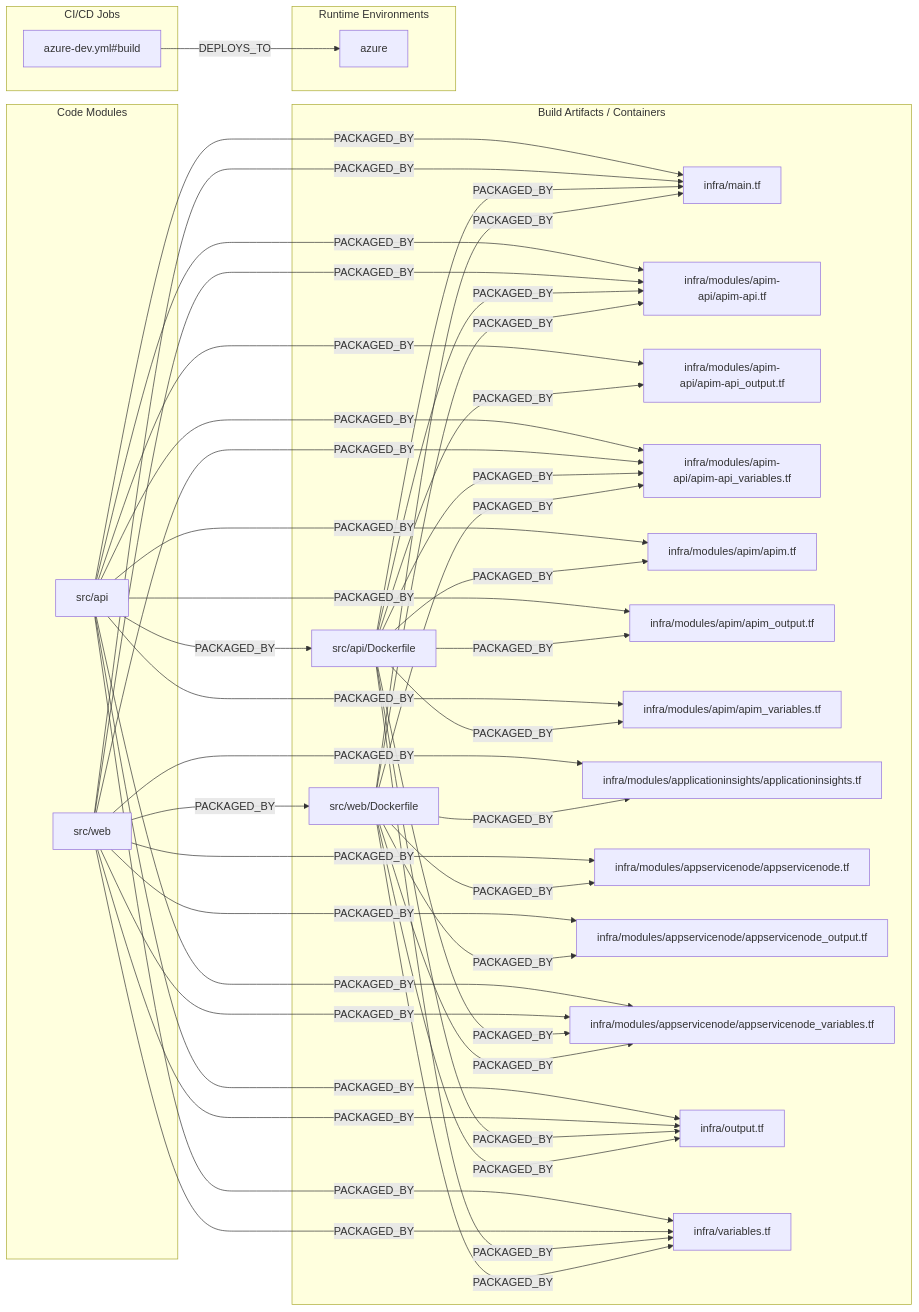
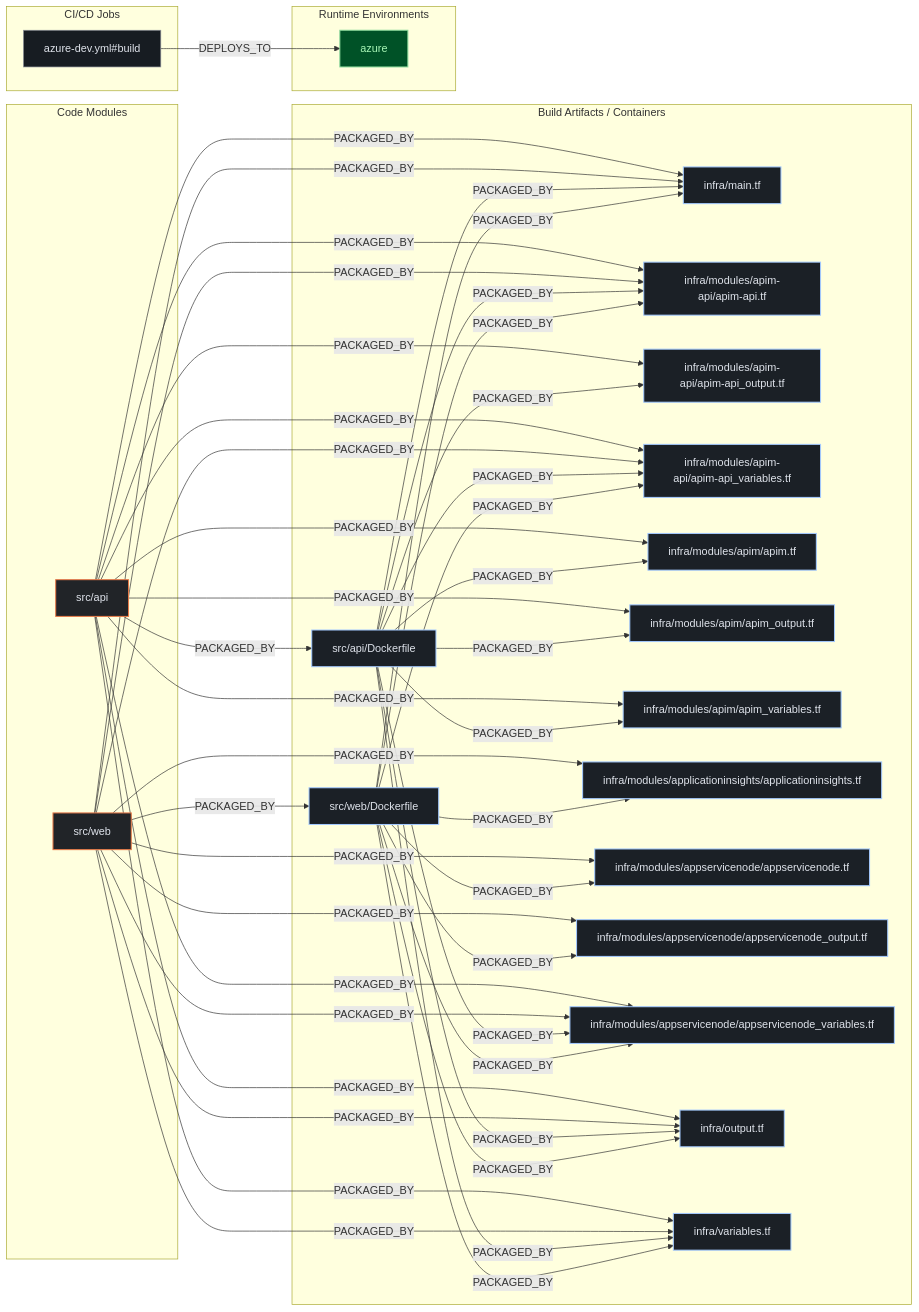
One commit to kumarshaz/atruss-code-atlas changed the second of 3 diagrams in exports/latest/reports/Azure-Samples-todo-nodejs-mongo-terraform-report.md. Above: the diagram before and after it, drawn with Mermaid. The commit also changed other lines of this file and 331 other files, not shown here.

Commit message:
docs,ui,fix: update SDLC docs, reorder CI/CD DAG first, stylize Mermaid, and fix Arc42 pipeline topology

````diff
--- a/exports/latest/reports/Azure-Samples-todo-nodejs-mongo-terraform-report.md
+++ b/exports/latest/reports/Azure-Samples-todo-nodejs-mongo-terraform-report.md
@@ -173,71 +180,75 @@
 ```mermaid
 flowchart LR
+    classDef atlasCategory fill:#212428,stroke:#E87A48,stroke-width:1.5px,color:#dfe3eb
+    classDef atlasWorkflow fill:#1b2026,stroke:#a3c9ff,stroke-width:1.5px,color:#dfe3eb
+    classDef atlasJob fill:#171c22,stroke:#8d9199,stroke-width:1px,color:#dfe3eb
+    classDef atlasTarget fill:#005227,stroke:#8bd99b,stroke-width:1.5px,color:#a7f6b6
     subgraph code_modules["Code Modules"]
-        mod_src_api["src/api"]
-        mod_src_web["src/web"]
+        mod_src_api["src/api"]:::atlasCategory
+        mod_src_web["src/web"]:::atlasCategory
     end
     subgraph build_artifacts["Build Artifacts / Containers"]
-        art_infra_main_tf["infra/main.tf"]
-        art_infra_modules_apim_api_apim_api_tf["infra/modules/apim-api/apim-api.tf"]
-        art_infra_modules_apim_api_apim_api_output_tf["infra/modules/apim-api/apim-api_output.tf"]
-        art_infra_modules_apim_api_apim_api_variables_tf["infra/modules/apim-api/apim-api_variables.tf"]
-        art_infra_modules_apim_apim_tf["infra/modules/apim/apim.tf"]
-        art_infra_modules_apim_apim_output_tf["infra/modules/apim/apim_output.tf"]
-        art_infra_modules_apim_apim_variables_tf["infra/modules/apim/apim_variables.tf"]
-        art_infra_modules_applicationinsights_applicationinsights_tf["infra/modules/applicationinsights/applicationinsights.tf"]
-        art_infra_modules_appservicenode_appservicenode_tf["infra/modules/appservicenode/appservicenode.tf"]
-        art_infra_modules_appservicenode_appservicenode_output_tf["infra/modules/appservicenode/appservicenode_output.tf"]
-        art_infra_modules_appservicenode_appservicenode_variables_tf["infra/modules/appservicenode/appservicenode_variables.tf"]
-        art_infra_output_tf["infra/output.tf"]
-        art_infra_variables_tf["infra/variables.tf"]
-        art_src_api_Dockerfile["src/api/Dockerfile"]
-        art_src_web_Dockerfile["src/web/Dockerfile"]
+        art_infra_main_tf["infra/main.tf"]:::atlasWorkflow
+        art_infra_modules_apim_api_apim_api_tf["infra/modules/apim-api/apim-api.tf"]:::atlasWorkflow
+        art_infra_modules_apim_api_apim_api_output_tf["infra/modules/apim-api/apim-api_output.tf"]:::atlasWorkflow
+        art_infra_modules_apim_api_apim_api_variables_tf["infra/modules/apim-api/apim-api_variables.tf"]:::atlasWorkflow
+        art_infra_modules_apim_apim_tf["infra/modules/apim/apim.tf"]:::atlasWorkflow
+        art_infra_modules_apim_apim_output_tf["infra/modules/apim/apim_output.tf"]:::atlasWorkflow
+        art_infra_modules_apim_apim_variables_tf["infra/modules/apim/apim_variables.tf"]:::atlasWorkflow
+        art_infra_modules_applicationinsights_applicationinsights_tf["infra/modules/applicationinsights/applicationinsights.tf"]:::atlasWorkflow
+        art_infra_modules_appservicenode_appservicenode_tf["infra/modules/appservicenode/appservicenode.tf"]:::atlasWorkflow
+        art_infra_modules_appservicenode_appservicenode_output_tf["infra/modules/appservicenode/appservicenode_output.tf"]:::atlasWorkflow
+        art_infra_modules_appservicenode_appservicenode_variables_tf["infra/modules/appservicenode/appservicenode_variables.tf"]:::atlasWorkflow
+        art_infra_output_tf["infra/output.tf"]:::atlasWorkflow
+        art_infra_variables_tf["infra/variables.tf"]:::atlasWorkflow
+        art_src_api_Dockerfile["src/api/Dockerfile"]:::atlasWorkflow
+        art_src_web_Dockerfile["src/web/Dockerfile"]:::atlasWorkflow
     end
     subgraph ci_jobs["CI/CD Jobs"]
-        job_azure_dev_yml_build["azure-dev.yml#build"]
+        job_azure_dev_yml_build["azure-dev.yml#build"]:::atlasJob
     end
     subgraph runtime_envs["Runtime Environments"]
-        env_azure["azure"]
+        env_azure["azure"]:::atlasTarget
     end
     job_azure_dev_yml_build -->|DEPLOYS_TO| env_azure
     mod_src_api -->|PACKAGED_BY| art_src_api_Dockerfile
     mod_src_api -->|PACKAGED_BY| art_infra_main_tf
     mod_src_api -->|PACKAGED_BY| art_infra_modules_apim_api_apim_api_tf
     mod_src_api -->|PACKAGED_BY| art_infra_modules_apim_api_apim_api_output_tf
     mod_src_api -->|PACKAGED_BY| art_infra_modules_apim_api_apim_api_variables_tf
     mod_src_api -->|PACKAGED_BY| art_infra_modules_apim_apim_tf
     mod_src_api -->|PACKAGED_BY| art_infra_modules_apim_apim_output_tf
     mod_src_api -->|PACKAGED_BY| art_infra_modules_apim_apim_variables_tf
     mod_src_api -->|PACKAGED_BY| art_infra_modules_appservicenode_appservicenode_variables_tf
     mod_src_api -->|PACKAGED_BY| art_infra_output_tf
     mod_src_api -->|PACKAGED_BY| art_infra_variables_tf
     mod_src_web -->|PACKAGED_BY| art_src_web_Dockerfile
     mod_src_web -->|PACKAGED_BY| art_infra_main_tf
     mod_src_web -->|PACKAGED_BY| art_infra_modules_apim_api_apim_api_tf
     mod_src_web -->|PACKAGED_BY| art_infra_modules_apim_api_apim_api_variables_tf
     mod_src_web -->|PACKAGED_BY| art_infra_modules_applicationinsights_applicationinsights_tf
     mod_src_web -->|PACKAGED_BY| art_infra_modules_appservicenode_appservicenode_tf
     mod_src_web -->|PACKAGED_BY| art_infra_modules_appservicenode_appservicenode_output_tf
     mod_src_web -->|PACKAGED_BY| art_infra_modules_appservicenode_appservicenode_variables_tf
     mod_src_web -->|PACKAGED_BY| art_infra_output_tf
     mod_src_web -->|PACKAGED_BY| art_infra_variables_tf
     art_src_api_Dockerfile -->|PACKAGED_BY| art_infra_main_tf
     art_src_api_Dockerfile -->|PACKAGED_BY| art_infra_modules_apim_api_apim_api_tf
     art_src_api_Dockerfile -->|PACKAGED_BY| art_infra_modules_apim_api_apim_api_output_tf
     art_src_api_Dockerfile -->|PACKAGED_BY| art_infra_modules_apim_api_apim_api_variables_tf
     art_src_api_Dockerfile -->|PACKAGED_BY| art_infra_modules_apim_apim_tf
     art_src_api_Dockerfile -->|PACKAGED_BY| art_infra_modules_apim_apim_output_tf
     art_src_api_Dockerfile -->|PACKAGED_BY| art_infra_modules_apim_apim_variables_tf
     art_src_api_Dockerfile -->|PACKAGED_BY| art_infra_modules_appservicenode_appservicenode_variables_tf
     art_src_api_Dockerfile -->|PACKAGED_BY| art_infra_output_tf
     art_src_api_Dockerfile -->|PACKAGED_BY| art_infra_variables_tf
     art_src_web_Dockerfile -->|PACKAGED_BY| art_infra_main_tf
     art_src_web_Dockerfile -->|PACKAGED_BY| art_infra_modules_apim_api_apim_api_tf
     art_src_web_Dockerfile -->|PACKAGED_BY| art_infra_modules_apim_api_apim_api_variables_tf
     art_src_web_Dockerfile -->|PACKAGED_BY| art_infra_modules_applicationinsights_applicationinsights_tf
     art_src_web_Dockerfile -->|PACKAGED_BY| art_infra_modules_appservicenode_appservicenode_tf
     art_src_web_Dockerfile -->|PACKAGED_BY| art_infra_modules_appservicenode_appservicenode_output_tf
     art_src_web_Dockerfile -->|PACKAGED_BY| art_infra_modules_appservicenode_appservicenode_variables_tf
     art_src_web_Dockerfile -->|PACKAGED_BY| art_infra_output_tf
     art_src_web_Dockerfile -->|PACKAGED_BY| art_infra_variables_tf
 ```
````
